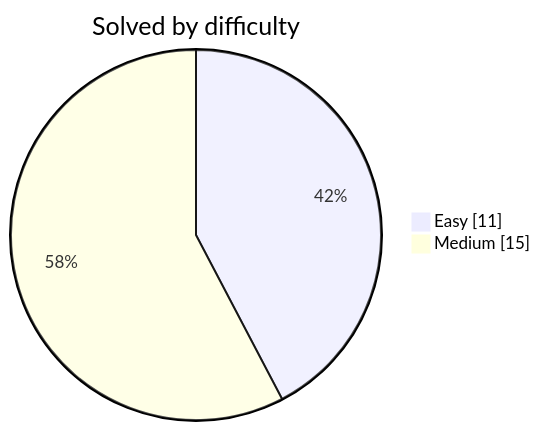
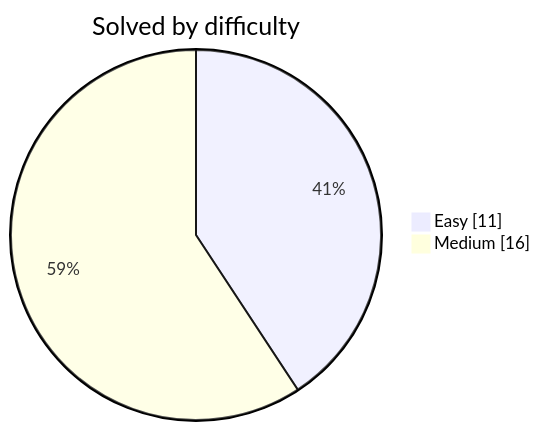
The diagram in README.md (DwijeshD/leetcode-solutions), drawn with Mermaid before and after one commit. The commit also changed other lines of this file and 2 other files, not shown here.

````diff
--- a/README.md
+++ b/README.md
@@ -31,6 +31,6 @@
 ```mermaid
 pie showData
     title Solved by difficulty
     "Easy" : 11
-    "Medium" : 15
+    "Medium" : 16
 ```
````
